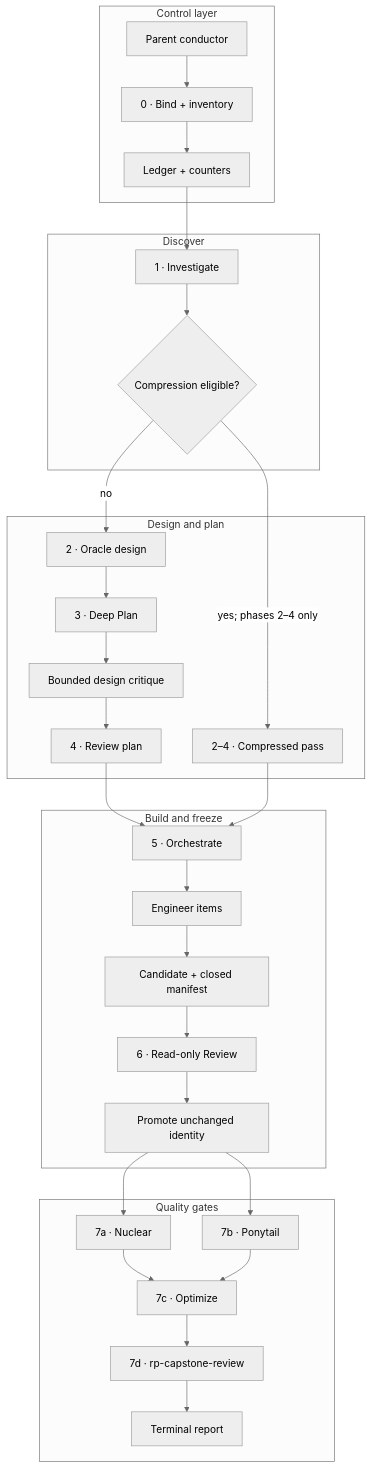
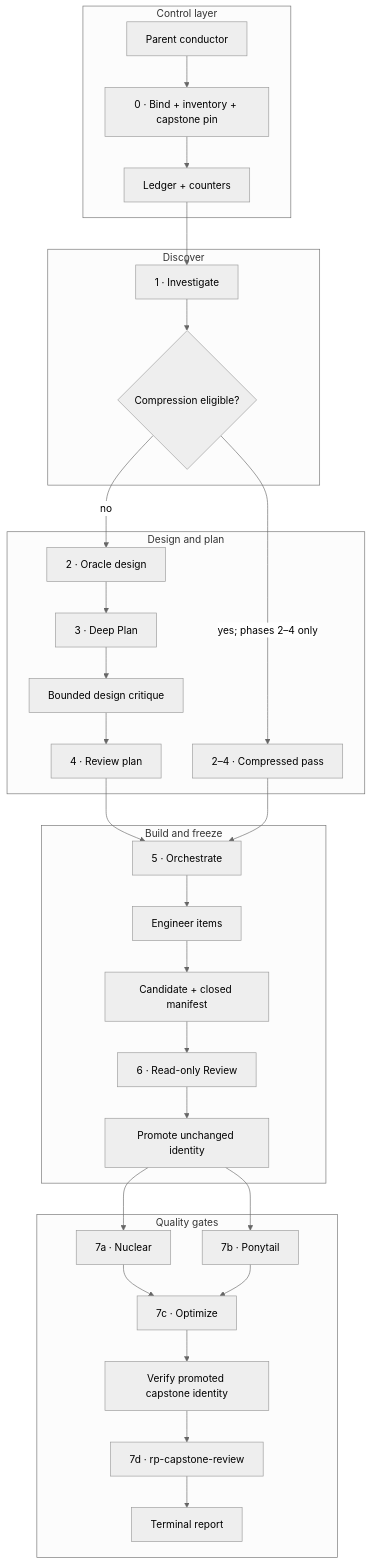
One commit to Helg1us/cookbook changed the first of 2 diagrams in docs/workflows/repoprompt-ce/rp-loop-engineering-guide.uk.md. Above: the diagram before and after it, drawn with Mermaid (neutral theme). The commit also changed other lines of this file and 1 other file, not shown here.

Commit message:
fix(rp-loop): pin capstone contract identity

````diff
--- a/docs/workflows/repoprompt-ce/rp-loop-engineering-guide.uk.md
+++ b/docs/workflows/repoprompt-ce/rp-loop-engineering-guide.uk.md
@@ -14,43 +14,44 @@
 ```mermaid
 flowchart TB
   subgraph L0["Control layer"]
     P["Parent conductor"]
-    B["0 · Bind + inventory"]
+    B["0 · Bind + inventory + capstone pin"]
     L["Ledger + counters"]
   end
   subgraph L1["Discover"]
     I["1 · Investigate"]
     C{"Compression eligible?"}
   end
   subgraph L2["Design and plan"]
     O["2 · Oracle design"]
     D["3 · Deep Plan"]
     K["Bounded design critique"]
     R4["4 · Review plan"]
     S["2–4 · Compressed pass"]
   end
   subgraph L3["Build and freeze"]
     OR["5 · Orchestrate"]
     E["Engineer items"]
     ID["Candidate + closed manifest"]
     R6["6 · Read-only Review"]
     PR["Promote unchanged identity"]
   end
   subgraph L4["Quality gates"]
     N["7a · Nuclear"]
     T["7b · Ponytail"]
     OP["7c · Optimize"]
+    CV["Verify promoted capstone identity"]
     CR["7d · rp-capstone-review"]
     Z["Terminal report"]
   end
   P --> B --> L --> I --> C
   C -- "no" --> O --> D --> K --> R4
   C -- "yes; phases 2–4 only" --> S
   R4 --> OR
   S --> OR
   OR --> E --> ID --> R6 --> PR
   PR --> N
   PR --> T
   N --> OP
-  T --> OP --> CR --> Z
+  T --> OP --> CV --> CR --> Z
 ```
````
